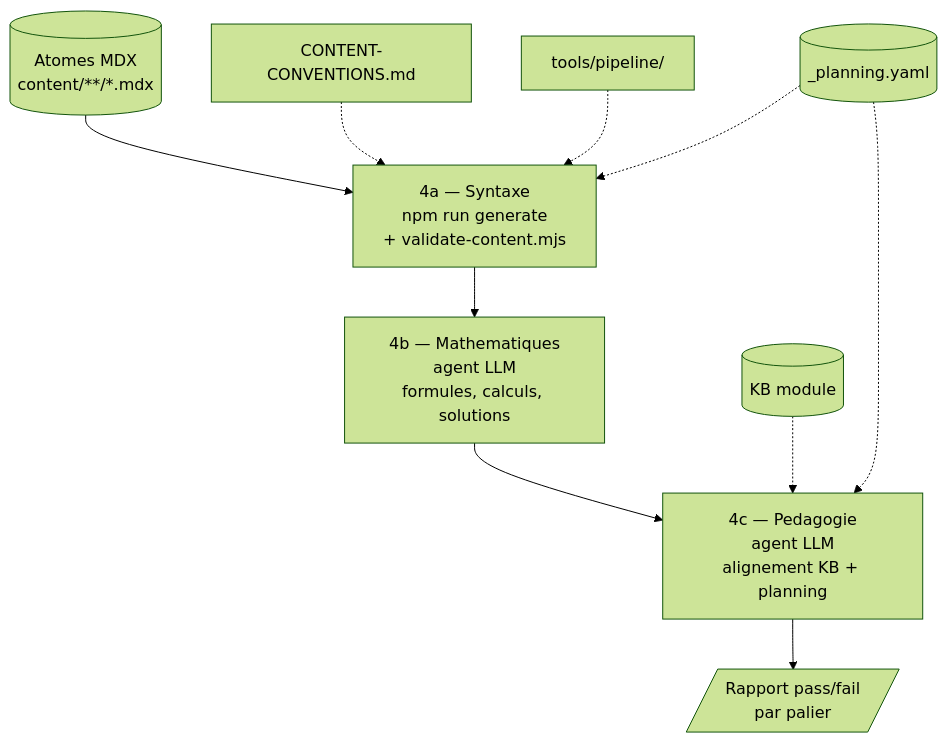
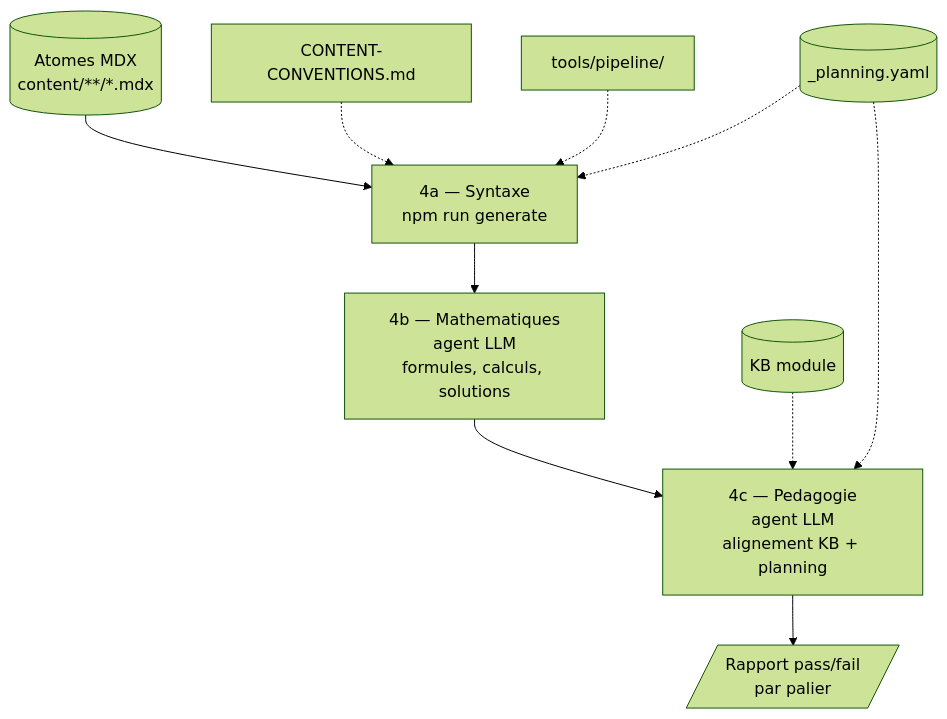
The sixth of 7 diagrams in docs/content-agentic-workflow.md (bilalYezzaGit/learning-web), drawn with Mermaid (forest theme) before and after one commit. The commit also changed other lines of this file and 56 other files, not shown here.

````diff
--- a/docs/content-agentic-workflow.md
+++ b/docs/content-agentic-workflow.md
@@ -227,12 +227,12 @@
 ```mermaid
 flowchart TD
-    Atomes[("Atomes MDX\ncontent/**/*.mdx")] --> V4a["4a — Syntaxe\nnpm run generate\n+ validate-content.mjs"]
+    Atomes[("Atomes MDX\ncontent/**/*.mdx")] --> V4a["4a — Syntaxe\nnpm run generate"]
     CONV["CONTENT-CONVENTIONS.md"] -.-> V4a
     PIPE["tools/pipeline/"] -.-> V4a
     Plan[("_planning.yaml")] -.-> V4a
     V4a --> V4b["4b — Mathematiques\nagent LLM\nformules, calculs, solutions"]
     V4b --> V4c["4c — Pedagogie\nagent LLM\nalignement KB + planning"]
     KB[("KB module")] -.-> V4c
     Plan -.-> V4c
     V4c --> Rapport[/"Rapport pass/fail\npar palier"/]
 ```
````
